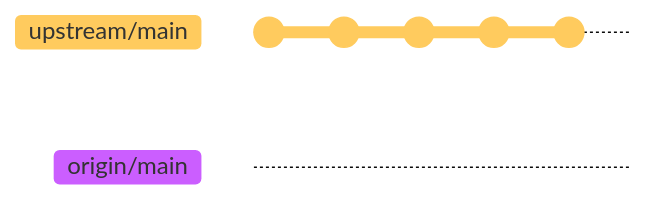
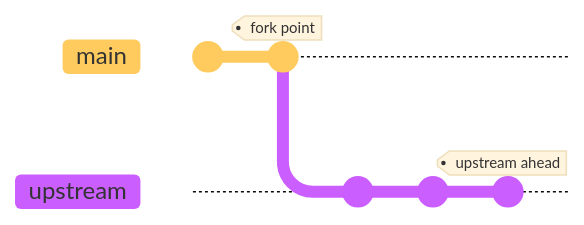
Before and after one commit to sylhare/sylhare.github.io: the first of 5 diagrams in _posts/2021/2021-04-05-Use-git-with-upstream-repository.md, drawn with Mermaid. The commit also changed other lines of this file, not shown here. Commit ids are hidden.

Commit message:
Fix upstream article's diagrams

````diff
--- a/_posts/2021/2021-04-05-Use-git-with-upstream-repository.md
+++ b/_posts/2021/2021-04-05-Use-git-with-upstream-repository.md
@@ -53,11 +53,10 @@
 ```mermaid
-%%{init: { 'logLevel': 'debug', 'theme': 'base', 'gitGraph': {'showBranches': true, 'showCommitLabel':false, 'mainBranchName': 'upstream/main'}} }%%
-      gitGraph
-        commit
-        commit
-        branch origin/main
-        checkout upstream/main
-        commit
-        commit
-        commit
+%%{init: { 'theme': 'base', 'gitGraph': {'showBranches': true, 'showCommitLabel':false}} }%%
+gitGraph
+  commit
+  commit tag: "fork point"
+  branch upstream
+  commit
+  commit
+  commit tag: "upstream ahead"
 ```
````
